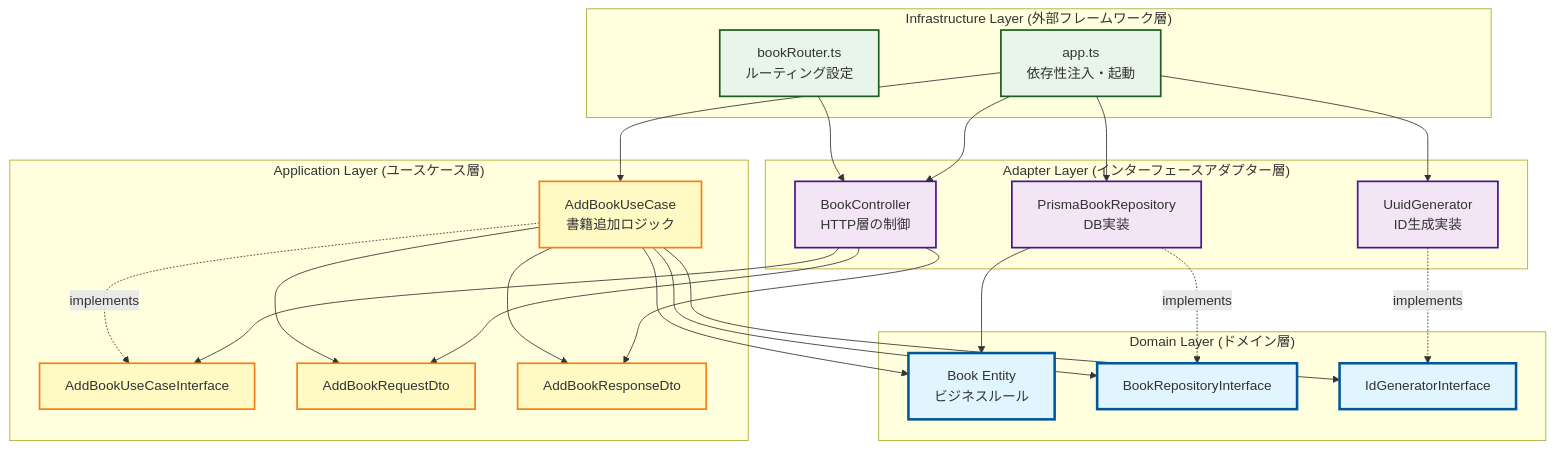
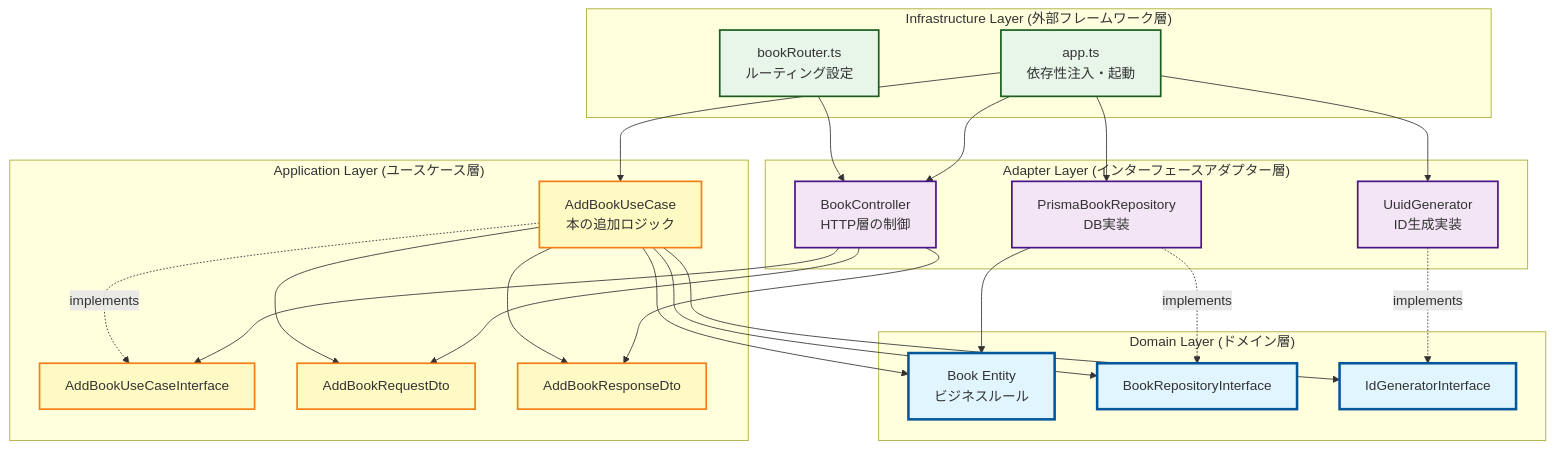
The first of 11 diagrams in docs/clean-architecture.md (nemonsoon/library-api), drawn with Mermaid before and after one commit. The commit also changed other lines of this file and 39 other files, not shown here.

````diff
--- a/docs/clean-architecture.md
+++ b/docs/clean-architecture.md
@@ -11,59 +11,59 @@
 ```mermaid
 graph TB
     subgraph "Infrastructure Layer (外部フレームワーク層)"
         App[app.ts<br/>依存性注入・起動]
         Router[bookRouter.ts<br/>ルーティング設定]
     end
 
     subgraph "Adapter Layer (インターフェースアダプター層)"
         Controller[BookController<br/>HTTP層の制御]
         Repository[PrismaBookRepository<br/>DB実装]
         UuidGen[UuidGenerator<br/>ID生成実装]
     end
 
     subgraph "Application Layer (ユースケース層)"
-        UseCase[AddBookUseCase<br/>書籍追加ロジック]
+        UseCase[AddBookUseCase<br/>本の追加ロジック]
         UseCaseInterface[AddBookUseCaseInterface]
         RequestDTO[AddBookRequestDto]
         ResponseDTO[AddBookResponseDto]
     end
 
     subgraph "Domain Layer (ドメイン層)"
         Entity[Book Entity<br/>ビジネスルール]
         RepoInterface[BookRepositoryInterface]
         IdGenInterface[IdGeneratorInterface]
     end
 
     %% 依存関係（外→内）
     App --> Controller
     App --> UseCase
     App --> Repository
     App --> UuidGen
     Router --> Controller
 
     Controller --> UseCaseInterface
     Controller --> RequestDTO
     Controller --> ResponseDTO
 
     UseCase -.implements.-> UseCaseInterface
     UseCase --> RepoInterface
     UseCase --> IdGenInterface
     UseCase --> Entity
     UseCase --> RequestDTO
     UseCase --> ResponseDTO
 
     Repository -.implements.-> RepoInterface
     Repository --> Entity
     UuidGen -.implements.-> IdGenInterface
 
     %% スタイル
     classDef domain fill:#e1f5ff,stroke:#01579b,stroke-width:3px
     classDef application fill:#fff9c4,stroke:#f57f17,stroke-width:2px
     classDef adapter fill:#f3e5f5,stroke:#4a148c,stroke-width:2px
     classDef infrastructure fill:#e8f5e9,stroke:#1b5e20,stroke-width:2px
 
     class Entity,RepoInterface,IdGenInterface domain
     class UseCase,UseCaseInterface,RequestDTO,ResponseDTO application
     class Controller,Repository,UuidGen adapter
     class App,Router infrastructure
 ```
````
